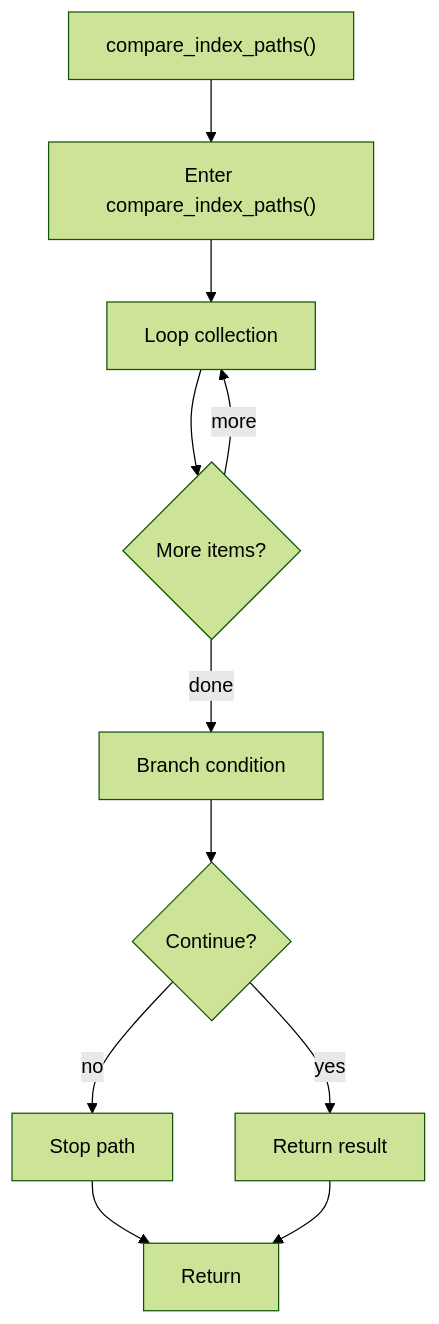
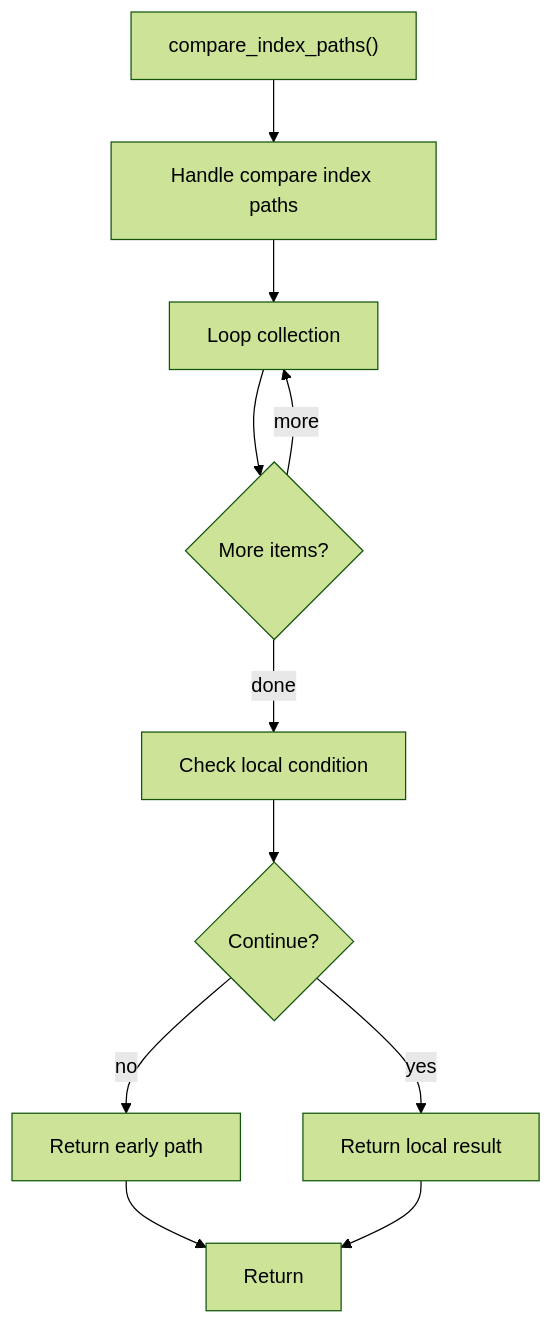
Before and after one commit to JohnAndrewBalbarosa/NeoTerritory: the diagram in docs/Codebase/Microservice/Modules/Source/HashingMechanism/HashLinks/Common/Flow/functions/compare_index_paths.cpp.md, drawn with Mermaid (forest theme). The commit also changed other lines of this file and 925 other files, not shown here.

````diff
--- a/docs/Codebase/Microservice/Modules/Source/HashingMechanism/HashLinks/Common/Flow/functions/compare_index_paths.cpp.md
+++ b/docs/Codebase/Microservice/Modules/Source/HashingMechanism/HashLinks/Common/Flow/functions/compare_index_paths.cpp.md
@@ -18,22 +18,22 @@
 ```mermaid
 flowchart TD
     Start["compare_index_paths()"]
-    N0["Enter compare_index_paths()"]
+    N0["Handle compare index paths"]
     N1["Loop collection"]
     L1{"More items?"}
-    N2["Branch condition"]
+    N2["Check local condition"]
     D2{"Continue?"}
-    R2["Stop path"]
-    N3["Return result"]
+    R2["Return early path"]
+    N3["Return local result"]
     End["Return"]
     Start --> N0
     N0 --> N1
     N1 --> L1
     L1 -->|more| N1
     L1 -->|done| N2
     N2 --> D2
     D2 -->|yes| N3
     D2 -->|no| R2
     R2 --> End
     N3 --> End
 ```
````
